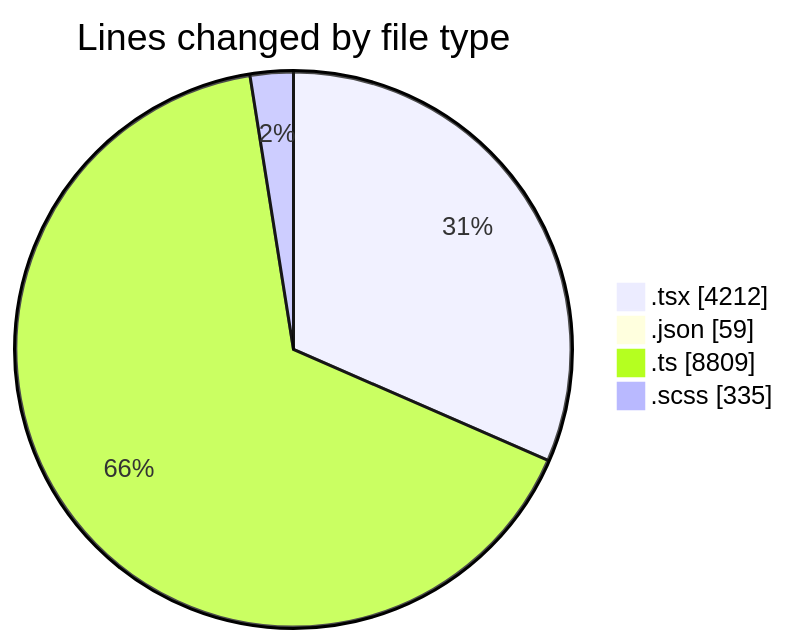
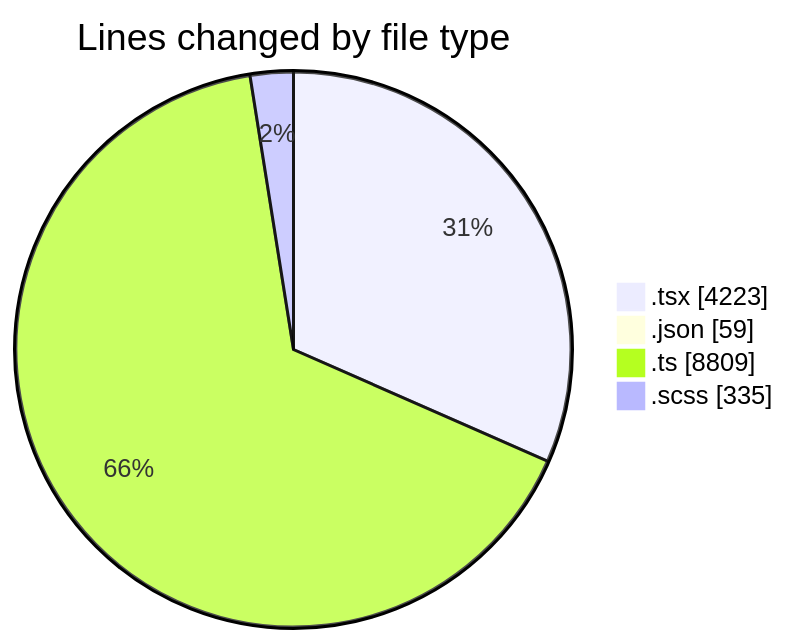
One commit to momahboobian/code-tracking changed the first of 2 diagrams in 2025-11-24/cda/README.md. Above: the diagram before and after it, drawn with Mermaid. The commit also changed other lines of this file and 1 other file, not shown here.

````diff
--- a/2025-11-24/cda/README.md
+++ b/2025-11-24/cda/README.md
@@ -35,8 +35,8 @@
 ```mermaid
 pie showData
 title Lines changed by file type
-".tsx" : 4212
+".tsx" : 4223
 ".json" : 59
 ".ts" : 8809
 ".scss" : 335
 ```
````
